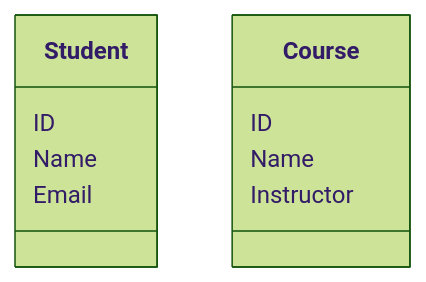
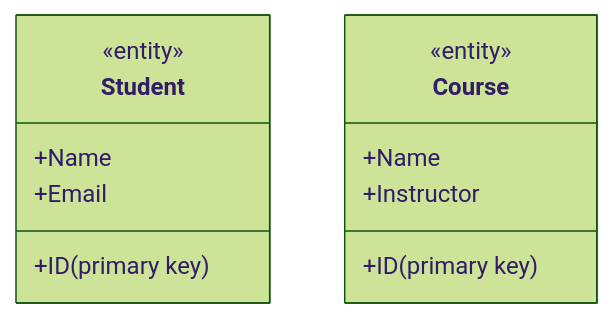
Before and after one commit to mosmn/Notes: the second of 3 diagrams in sections/theo/dbf/data-modeling.md, drawn with Mermaid (forest theme). The commit also changed other lines of this file, not shown here.

````diff
--- a/sections/theo/dbf/data-modeling.md
+++ b/sections/theo/dbf/data-modeling.md
@@ -244,15 +244,15 @@
 ```mermaid
 classDiagram
-    Student
-    class Student{
-        ID
-        Name
-        Email
+    class Student {
+      <<entity>>
+      +ID (primary key)
+      +Name
+      +Email
     }
-    Course
-    class Course{
-        ID
-        Name
-        Instructor
+    class Course {
+      <<entity>>
+      +ID (primary key)
+      +Name
+      +Instructor
     }
 ```
````
